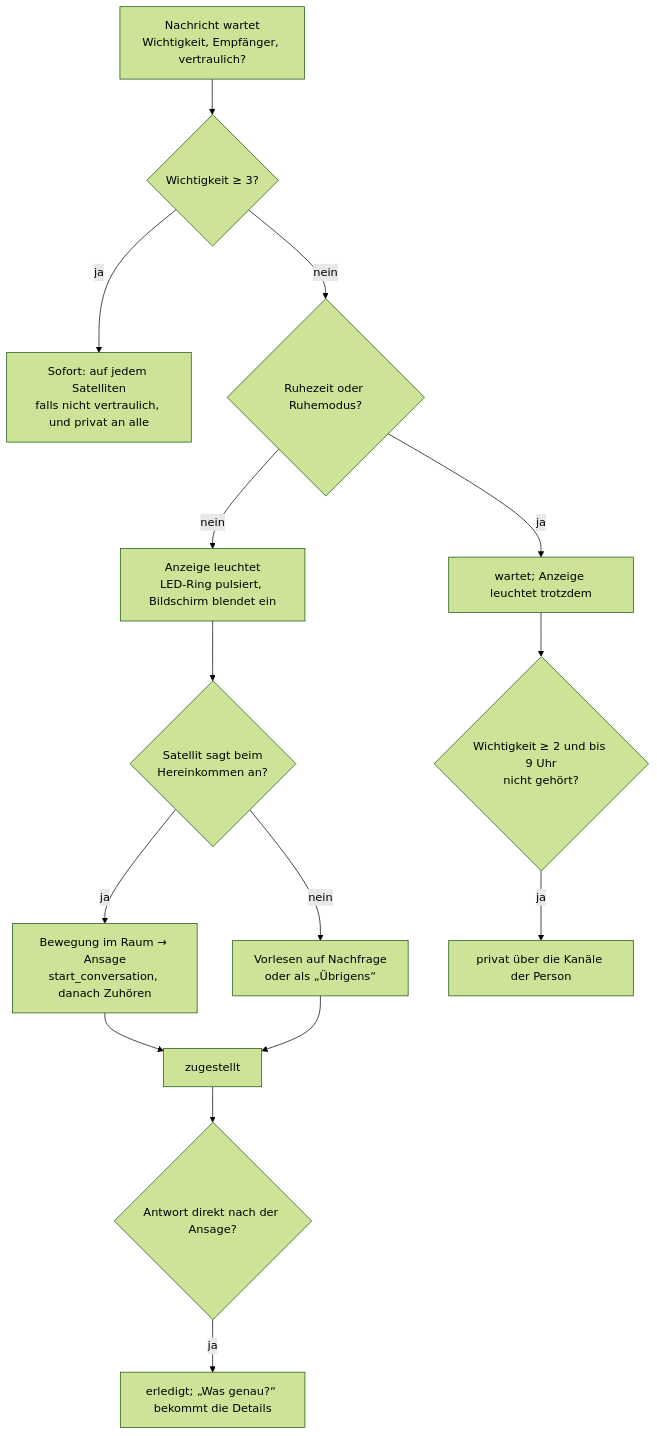
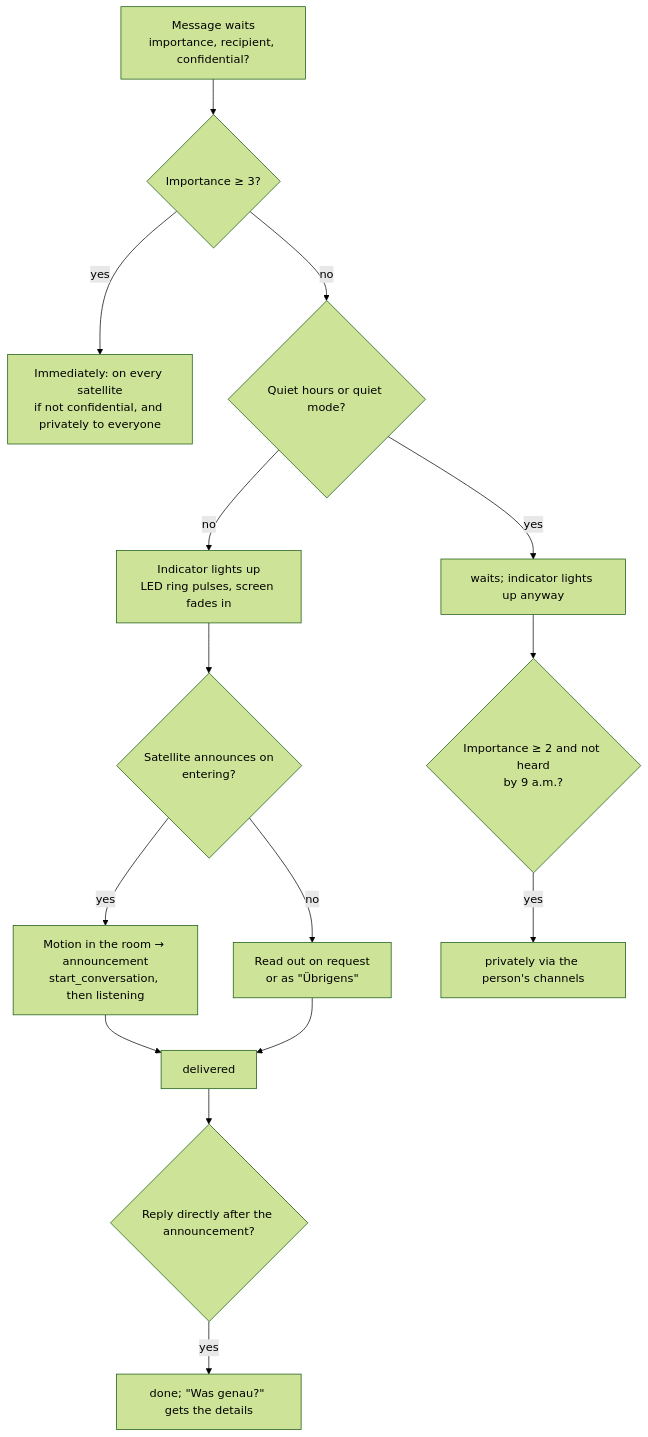
One commit to miraassist/mira changed the fifth of 6 diagrams in docs/system.md. Above: the diagram before and after it, drawn with Mermaid (forest theme). The commit also changed other lines of this file and 21 other files, not shown here.

````diff
--- a/docs/system.md
+++ b/docs/system.md
@@ -269,17 +269,17 @@
 ```mermaid
 flowchart TD
-    Q[Nachricht wartet<br/>Wichtigkeit, Empfänger, vertraulich?] --> U{Wichtigkeit ≥ 3?}
-    U -->|ja| NOW[Sofort: auf jedem Satelliten<br/>falls nicht vertraulich, und privat an alle]
-    U -->|nein| QH{Ruhezeit oder Ruhemodus?}
-    QH -->|ja| WAIT[wartet; Anzeige leuchtet trotzdem]
-    QH -->|nein| IND[Anzeige leuchtet<br/>LED-Ring pulsiert, Bildschirm blendet ein]
-    IND --> MODE{Satellit sagt beim<br/>Hereinkommen an?}
-    MODE -->|ja| MOT[Bewegung im Raum → Ansage<br/>start_conversation, danach Zuhören]
-    MODE -->|nein| ASK[Vorlesen auf Nachfrage<br/>oder als „Übrigens“]
-    MOT --> HEARD[zugestellt]
+    Q[Message waits<br/>importance, recipient, confidential?] --> U{Importance ≥ 3?}
+    U -->|yes| NOW[Immediately: on every satellite<br/>if not confidential, and privately to everyone]
+    U -->|no| QH{Quiet hours or quiet mode?}
+    QH -->|yes| WAIT[waits; indicator lights up anyway]
+    QH -->|no| IND[Indicator lights up<br/>LED ring pulses, screen fades in]
+    IND --> MODE{Satellite announces on<br/>entering?}
+    MODE -->|yes| MOT[Motion in the room → announcement<br/>start_conversation, then listening]
+    MODE -->|no| ASK[Read out on request<br/>or as #quot;Übrigens#quot;]
+    MOT --> HEARD[delivered]
     ASK --> HEARD
-    WAIT --> ESC{Wichtigkeit ≥ 2 und bis 9 Uhr<br/>nicht gehört?}
-    ESC -->|ja| PRIV[privat über die Kanäle der Person]
-    HEARD --> FU{Antwort direkt nach der Ansage?}
-    FU -->|ja| ACK[erledigt; „Was genau?“ bekommt die Details]
+    WAIT --> ESC{Importance ≥ 2 and not heard<br/>by 9 a.m.?}
+    ESC -->|yes| PRIV[privately via the person's channels]
+    HEARD --> FU{Reply directly after the announcement?}
+    FU -->|yes| ACK[done; #quot;Was genau?#quot; gets the details]
 ```
````
